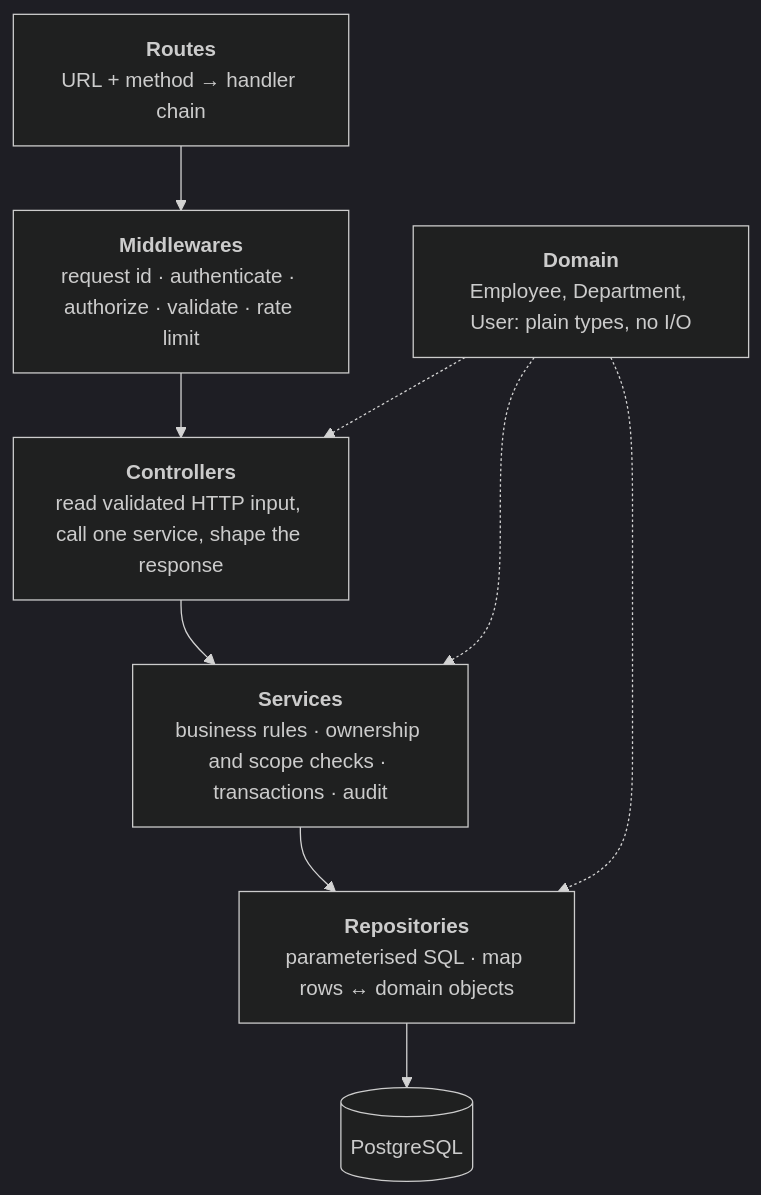
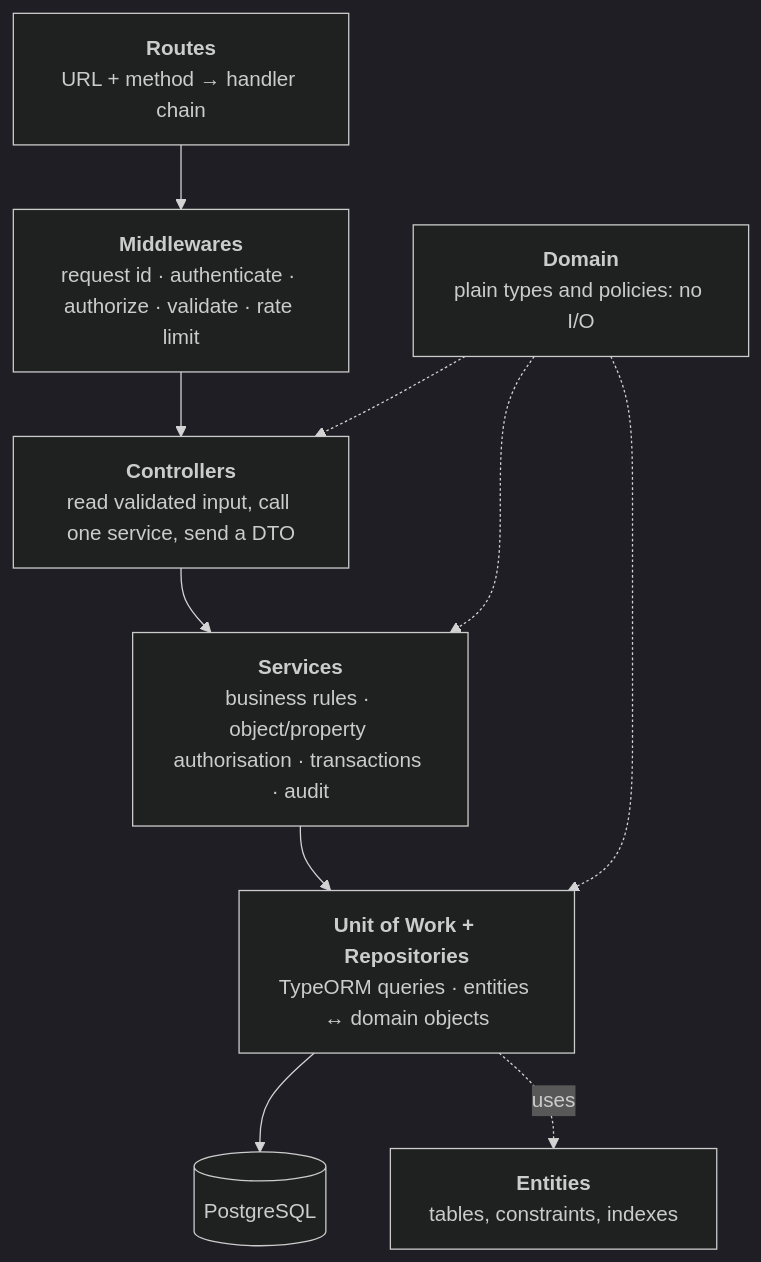
Before and after one commit to expedite-atul/express-ts-starter-v2.0.0: the second of 4 diagrams in docs/hld.md, drawn with Mermaid (dark theme). The commit also changed other lines of this file and 120 other files, not shown here.

````diff
--- a/docs/hld.md
+++ b/docs/hld.md
@@ -48,14 +51,16 @@
 ```mermaid
 flowchart TB
     R["<b>Routes</b><br/>URL + method → handler chain"]
     M["<b>Middlewares</b><br/>request id · authenticate · authorize · validate · rate limit"]
-    C["<b>Controllers</b><br/>read validated HTTP input, call one service, shape the response"]
-    S["<b>Services</b><br/>business rules · ownership and scope checks · transactions · audit"]
-    P["<b>Repositories</b><br/>parameterised SQL · map rows ↔ domain objects"]
+    C["<b>Controllers</b><br/>read validated input, call one service, send a DTO"]
+    S["<b>Services</b><br/>business rules · object/property authorisation · transactions · audit"]
+    U["<b>Unit of Work + Repositories</b><br/>TypeORM queries · entities ↔ domain objects"]
     DB[(PostgreSQL)]
-    D["<b>Domain</b><br/>Employee, Department, User: plain types, no I/O"]
-    R --> M --> C --> S --> P --> DB
+    E["<b>Entities</b><br/>tables, constraints, indexes"]
+    D["<b>Domain</b><br/>plain types and policies: no I/O"]
+    R --> M --> C --> S --> U --> DB
+    U -.uses.-> E
     D -.-> C
     D -.-> S
-    D -.-> P
+    D -.-> U
 ```
````
